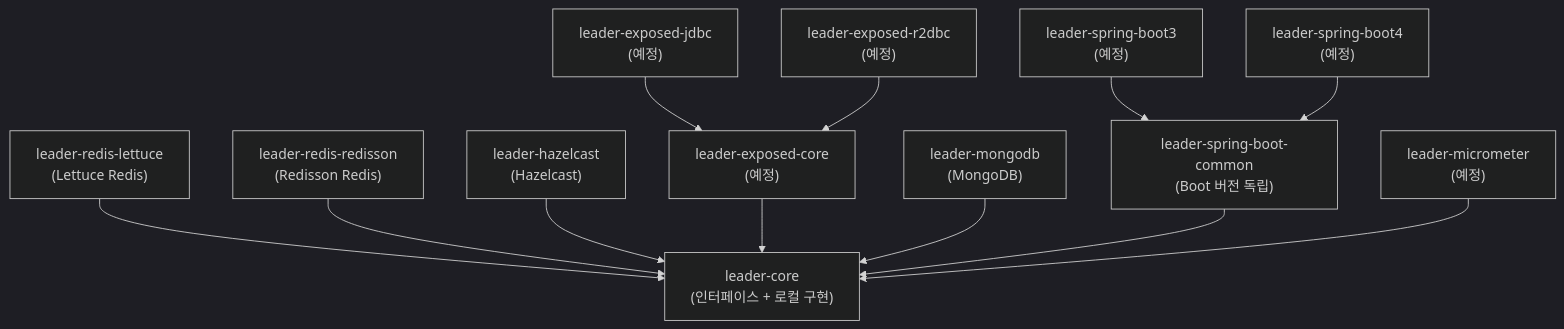
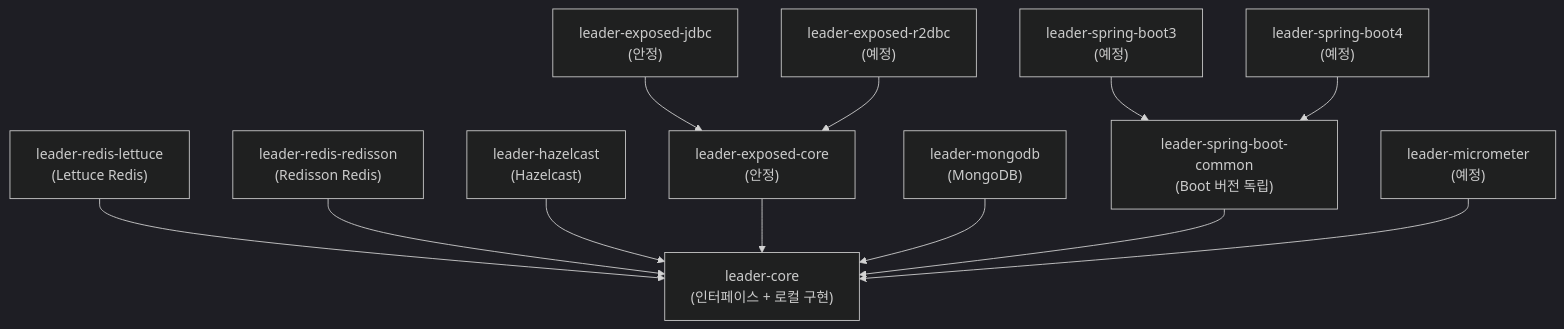
One commit to bluetape4k/bluetape4k-leader changed the first of 3 diagrams in README.ko.md. Above: the diagram before and after it, drawn with Mermaid (dark theme). The commit also changed other lines of this file and 27 other files, not shown here.

First line of the commit message:
feat: leader-exposed-jdbc 모듈 구현 (Issue #21) (#52)

````diff
--- a/README.ko.md
+++ b/README.ko.md
@@ -25,27 +25,27 @@
 ```mermaid
 graph TD
     Core["leader-core\n(인터페이스 + 로컬 구현)"]
     Lettuce["leader-redis-lettuce\n(Lettuce Redis)"]
     Redisson["leader-redis-redisson\n(Redisson Redis)"]
     Hazelcast["leader-hazelcast\n(Hazelcast)"]
-    ExposedCore["leader-exposed-core\n(예정)"]
-    ExposedJdbc["leader-exposed-jdbc\n(예정)"]
+    ExposedCore["leader-exposed-core\n(안정)"]
+    ExposedJdbc["leader-exposed-jdbc\n(안정)"]
     ExposedR2dbc["leader-exposed-r2dbc\n(예정)"]
     Mongo["leader-mongodb\n(MongoDB)"]
     SBCommon["leader-spring-boot-common\n(Boot 버전 독립)"]
     SB3["leader-spring-boot3\n(예정)"]
     SB4["leader-spring-boot4\n(예정)"]
     Metrics["leader-micrometer\n(예정)"]
 
     Lettuce --> Core
     Redisson --> Core
     Hazelcast --> Core
     ExposedCore --> Core
     ExposedJdbc --> ExposedCore
     ExposedR2dbc --> ExposedCore
     Mongo --> Core
     SBCommon --> Core
     SB3 --> SBCommon
     SB4 --> SBCommon
     Metrics --> Core
 ```
````
